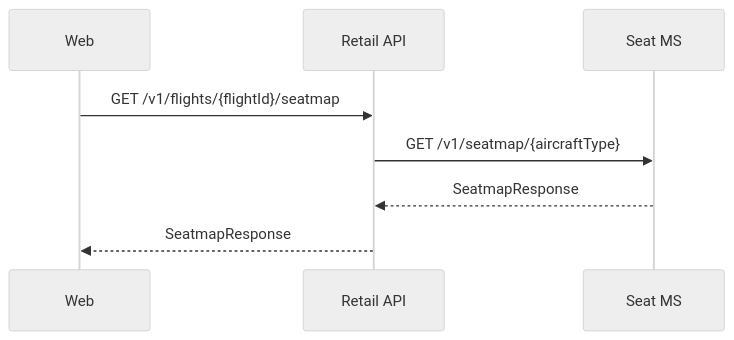
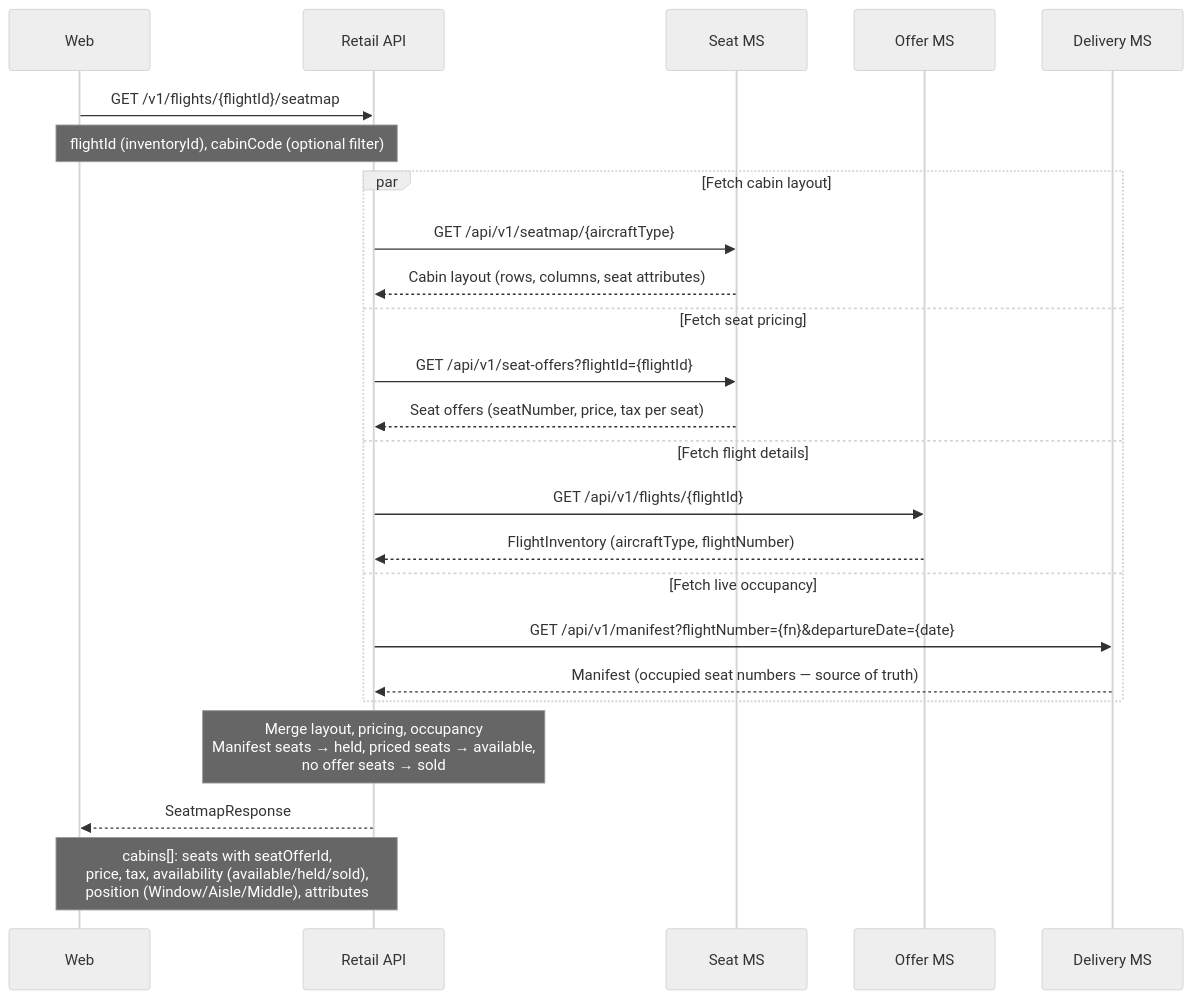
One commit to sebharvey/airline-reservation-system changed the third of 7 diagrams in documentation/sequences/check-in.md. Above: the diagram before and after it, drawn with Mermaid (neutral theme). The commit also changed other lines of this file and 11 other files, not shown here.

````diff
--- a/documentation/sequences/check-in.md
+++ b/documentation/sequences/check-in.md
@@ -78,11 +75,30 @@
 ```mermaid
 sequenceDiagram
     participant Web
     participant RetailAPI as Retail API
     participant SeatMS as Seat MS
+    participant OfferMS as Offer MS
+    participant DeliveryMS as Delivery MS
 
     Web->>RetailAPI: GET /v1/flights/{flightId}/seatmap
-    RetailAPI->>SeatMS: GET /v1/seatmap/{aircraftType}
-    SeatMS-->>RetailAPI: SeatmapResponse
+    Note over Web,RetailAPI: flightId (inventoryId), cabinCode (optional filter)
+
+    par Fetch cabin layout
+        RetailAPI->>SeatMS: GET /api/v1/seatmap/{aircraftType}
+        SeatMS-->>RetailAPI: Cabin layout (rows, columns, seat attributes)
+    and Fetch seat pricing
+        RetailAPI->>SeatMS: GET /api/v1/seat-offers?flightId={flightId}
+        SeatMS-->>RetailAPI: Seat offers (seatNumber, price, tax per seat)
+    and Fetch flight details
+        RetailAPI->>OfferMS: GET /api/v1/flights/{flightId}
+        OfferMS-->>RetailAPI: FlightInventory (aircraftType, flightNumber)
+    and Fetch live occupancy
+        RetailAPI->>DeliveryMS: GET /api/v1/manifest?flightNumber={fn}&departureDate={date}
+        DeliveryMS-->>RetailAPI: Manifest (occupied seat numbers — source of truth)
+    end
+
+    Note over RetailAPI: Merge layout, pricing, occupancy<br/>Manifest seats → held, priced seats → available,<br/>no offer seats → sold
+
     RetailAPI-->>Web: SeatmapResponse
+    Note over RetailAPI,Web: cabins[]: seats with seatOfferId,<br/>price, tax, availability (available/held/sold),<br/>position (Window/Aisle/Middle), attributes
 ```
````
